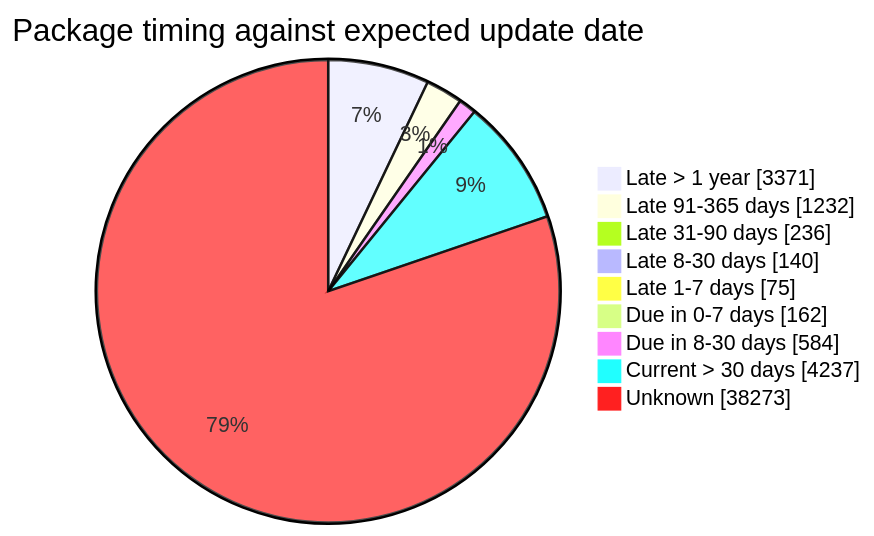
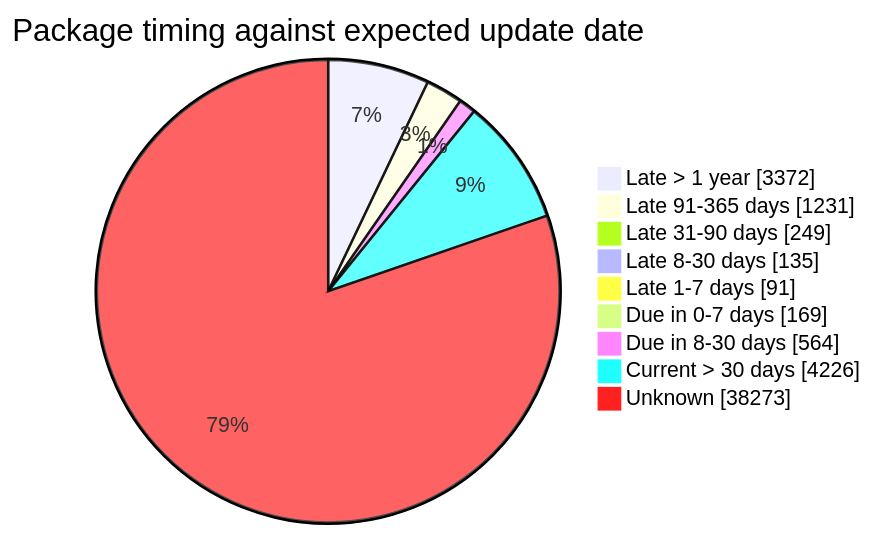
The fourth of 5 diagrams in FreshCheck/README.md (open-data/analytics-corporate-reporting), drawn with Mermaid before and after one commit. The commit also changed other lines of this file and 3 other files, not shown here.

````diff
--- a/FreshCheck/README.md
+++ b/FreshCheck/README.md
@@ -86,12 +86,12 @@
 ```mermaid
 pie showData title Package timing against expected update date
-    "Late > 1 year": 3371
-    "Late 91-365 days": 1232
-    "Late 31-90 days": 236
-    "Late 8-30 days": 140
-    "Late 1-7 days": 75
-    "Due in 0-7 days": 162
-    "Due in 8-30 days": 584
-    "Current > 30 days": 4237
+    "Late > 1 year": 3372
+    "Late 91-365 days": 1231
+    "Late 31-90 days": 249
+    "Late 8-30 days": 135
+    "Late 1-7 days": 91
+    "Due in 0-7 days": 169
+    "Due in 8-30 days": 564
+    "Current > 30 days": 4226
     "Unknown": 38273
 ```
````
